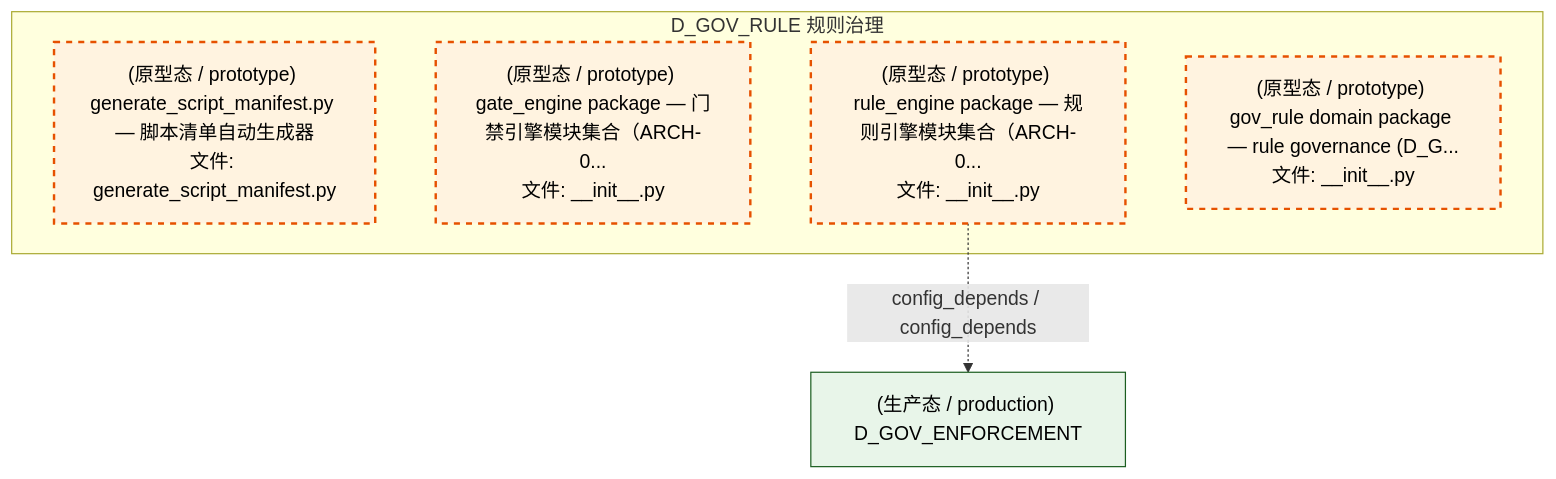
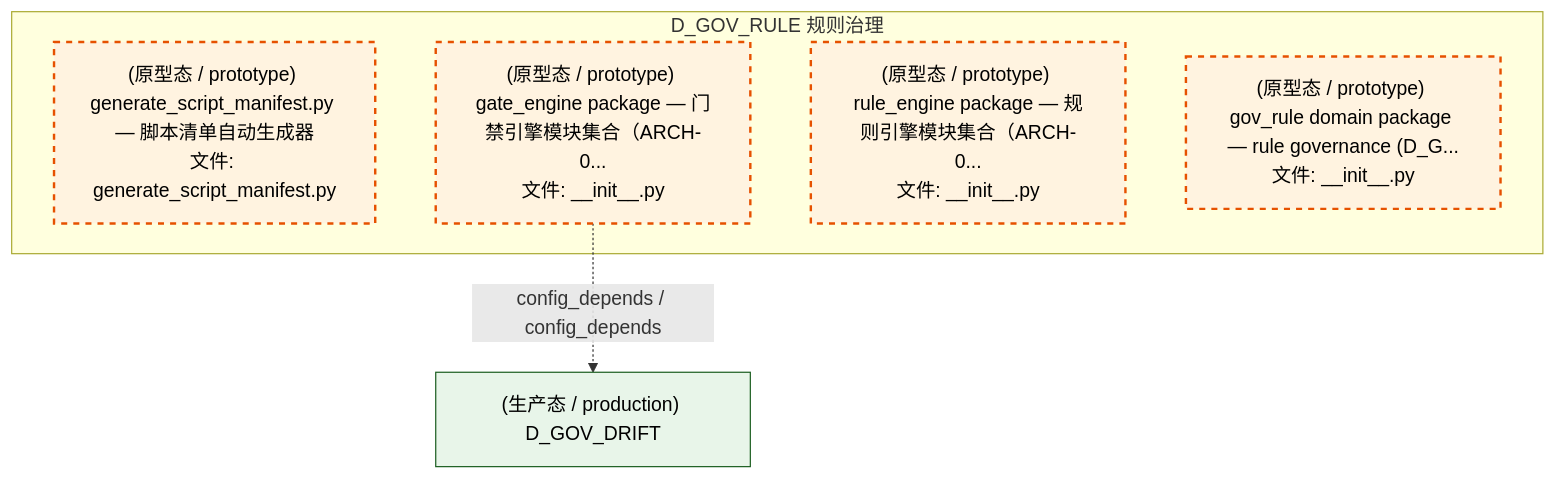
The fourth of 5 diagrams in docs/02_enterprise_architecture/02_domain_architecture_docs/45_d_gov_rule.md (xuanFelixVan/ZephyrAlpha), drawn with Mermaid before and after one commit. The commit also changed other lines of this file and 97 other files, not shown here.

````diff
--- a/docs/02_enterprise_architecture/02_domain_architecture_docs/45_d_gov_rule.md
+++ b/docs/02_enterprise_architecture/02_domain_architecture_docs/45_d_gov_rule.md
@@ -349,17 +348,17 @@
 ```mermaid
 graph TD
     subgraph D_GOV_RULE["D_GOV_RULE 规则治理"]
         scripts_governance_generators_generate_script_manifest_py["(原型态 / prototype) generate_script_manifest.py — 脚本清单自动生成器<br/>文件: generate_script_manifest.py"]
         src_zephyr_gov_enforcement_rule_enforcement_gate_engine_init_py["(原型态 / prototype) gate_engine package — 门禁引擎模块集合（ARCH-0...<br/>文件: __init__.py"]
         src_zephyr_gov_enforcement_rule_enforcement_rule_engine_init_py["(原型态 / prototype) rule_engine package — 规则引擎模块集合（ARCH-0...<br/>文件: __init__.py"]
         src_zephyr_gov_rule_init_py["(原型态 / prototype) gov_rule domain package — rule governance (D_G...<br/>文件: __init__.py"]
     end
-    D_GOV_ENFORCEMENT["(生产态 / production) D_GOV_ENFORCEMENT"]
-    src_zephyr_gov_enforcement_rule_enforcement_rule_engine_init_py -.->|config_depends / config_depends| D_GOV_ENFORCEMENT
+    D_GOV_DRIFT["(生产态 / production) D_GOV_DRIFT"]
+    src_zephyr_gov_enforcement_rule_enforcement_gate_engine_init_py -.->|config_depends / config_depends| D_GOV_DRIFT
     classDef production fill:#e1f5fe,stroke:#01579b,stroke-width:2px,color:#000
     classDef design fill:#fff3e0,stroke:#e65100,stroke-width:2px,color:#000,stroke-dasharray: 5 5
     classDef external_prod fill:#e8f5e9,stroke:#1b5e20,stroke-width:1px,color:#000
     classDef external_design fill:#fce4ec,stroke:#880e4f,stroke-width:1px,color:#000,stroke-dasharray: 5 5
     class scripts_governance_generators_generate_script_manifest_py,src_zephyr_gov_enforcement_rule_enforcement_gate_engine_init_py,src_zephyr_gov_enforcement_rule_enforcement_rule_engine_init_py,src_zephyr_gov_rule_init_py design
-    class D_GOV_ENFORCEMENT external_prod
+    class D_GOV_DRIFT external_prod
 ```
````
